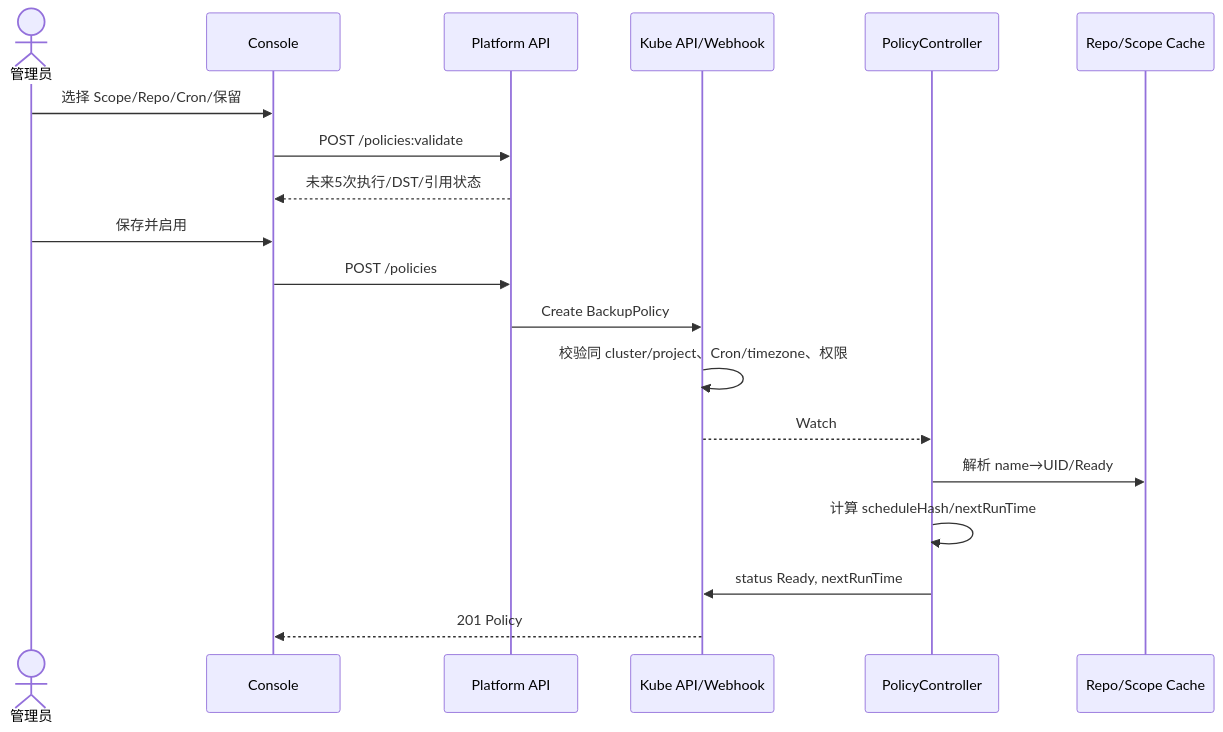
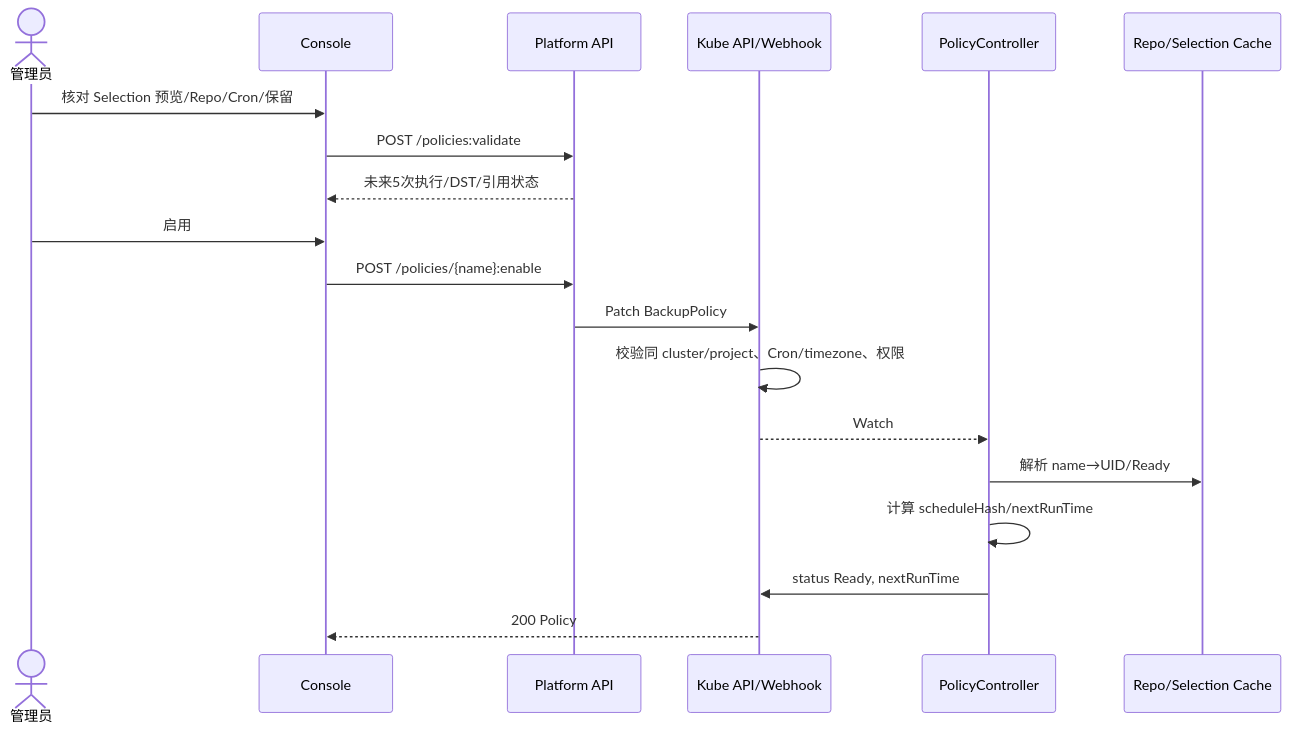
Before and after one commit to 544129603/backup-restore: the third of 16 diagrams in docs/backup-restore/05-备份恢复流程设计.md, drawn with Mermaid. The commit also changed other lines of this file and 11 other files, not shown here.

````diff
--- a/docs/backup-restore/05-备份恢复流程设计.md
+++ b/docs/backup-restore/05-备份恢复流程设计.md
@@ -73,21 +73,21 @@
 ```mermaid
 sequenceDiagram
   actor U as 管理员
   participant UI as Console
   participant API as Platform API
   participant K as Kube API/Webhook
   participant PC as PolicyController
-  participant R as Repo/Scope Cache
-  U->>UI: 选择 Scope/Repo/Cron/保留
+  participant R as Repo/Selection Cache
+  U->>UI: 核对 Selection 预览/Repo/Cron/保留
   UI->>API: POST /policies:validate
   API-->>UI: 未来5次执行/DST/引用状态
-  U->>UI: 保存并启用
-  UI->>API: POST /policies
-  API->>K: Create BackupPolicy
+  U->>UI: 启用
+  UI->>API: POST /policies/{name}:enable
+  API->>K: Patch BackupPolicy
   K->>K: 校验同 cluster/project、Cron/timezone、权限
   K-->>PC: Watch
   PC->>R: 解析 name→UID/Ready
   PC->>PC: 计算 scheduleHash/nextRunTime
   PC->>K: status Ready, nextRunTime
-  K-->>UI: 201 Policy
+  K-->>UI: 200 Policy
 ```
````
